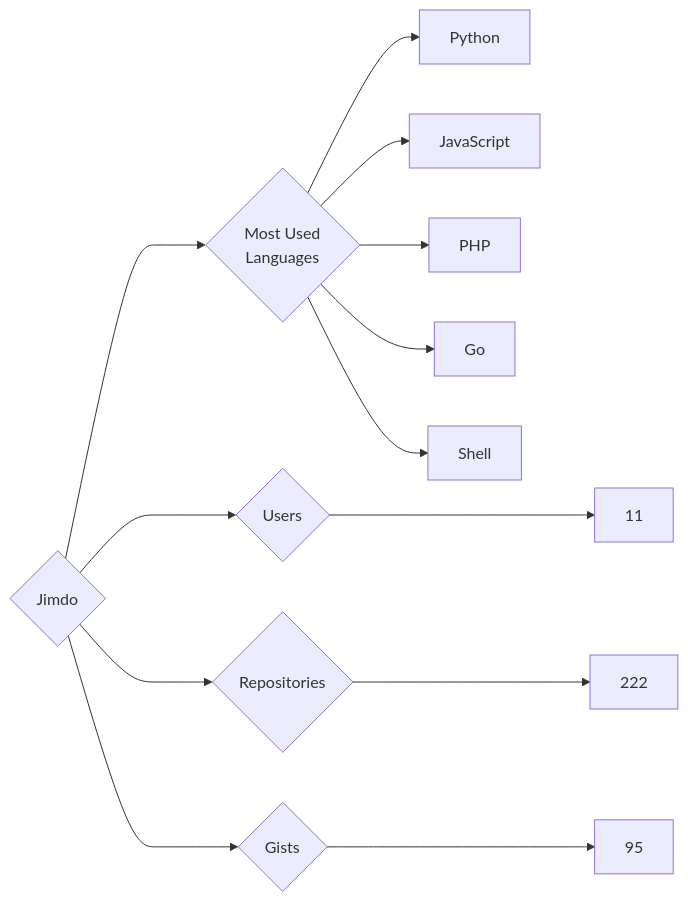
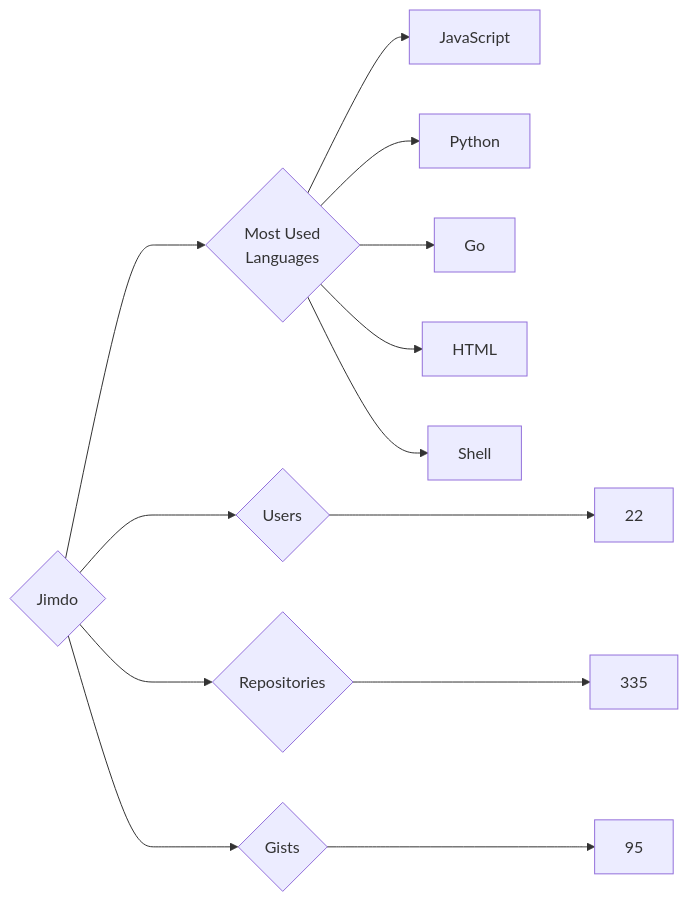
The diagram in targets/Jimdo/README.md (trickest/insiders), drawn with Mermaid before and after one commit. The commit also changed 715 other files, not shown here.

````diff
--- a/targets/Jimdo/README.md
+++ b/targets/Jimdo/README.md
@@ -3,13 +3,13 @@
 ```mermaid
 graph LR
 COMPANY_NAME{Jimdo}
-COMPANY_NAME ---> U{Users} ---> UN[11]
-COMPANY_NAME ---> R{Repositories} ---> RN[222]
+COMPANY_NAME ---> U{Users} ---> UN[22]
+COMPANY_NAME ---> R{Repositories} ---> RN[335]
 COMPANY_NAME ---> G{Gists} ---> GN[95]
 COMPANY_NAME ---> ML{Most Used<br>Languages}
+ML --> JavaScript[JavaScript]
 ML --> Python[Python]
-ML --> JavaScript[JavaScript]
-ML --> PHP[PHP]
 ML --> Go[Go]
+ML --> HTML[HTML]
 ML --> Shell[Shell]
 ```
````
